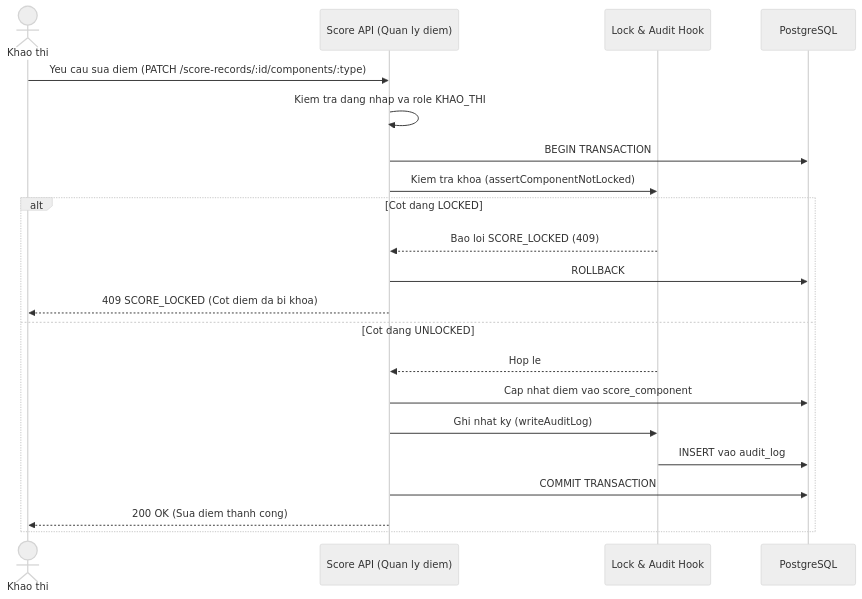
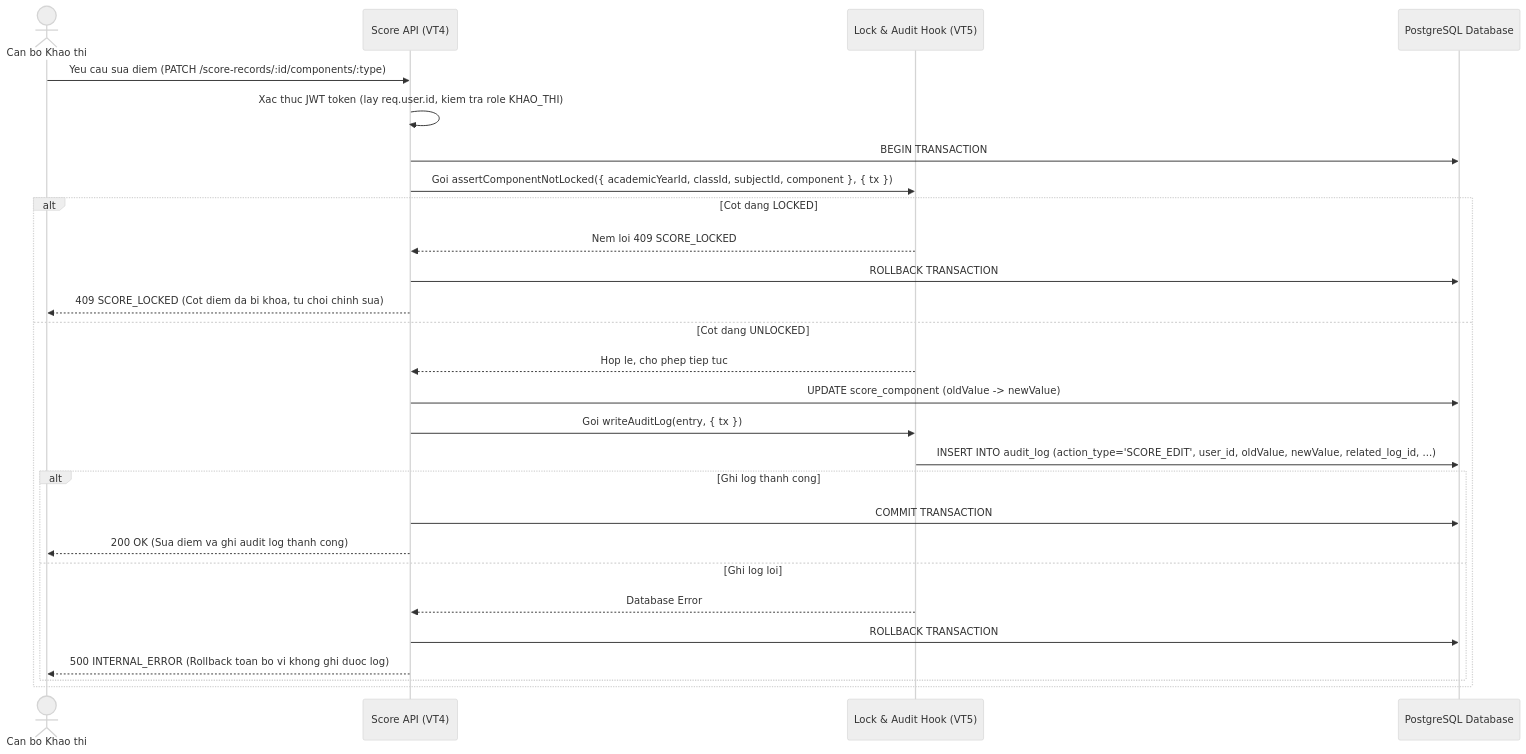
One commit to 5001103019/he-thong-quan-ly-ket-qua-hoc-tap-thpt changed the second of 3 diagrams in docs/vt5-lock-audit-design.md. Above: the diagram before and after it, drawn with Mermaid (neutral theme). The commit also changed other lines of this file, not shown here.

Commit message:
docs: hoan thien thiet ke khoa diem, audit log va activity diagram

````diff
--- a/docs/vt5-lock-audit-design.md
+++ b/docs/vt5-lock-audit-design.md
@@ -343,24 +622,31 @@
 ```mermaid
 sequenceDiagram
-    actor KT as Khao thi
-    participant API as Score API (Quan ly diem)
-    participant Hook as Lock & Audit Hook
-    participant DB as PostgreSQL
+    actor KT as Can bo Khao thi
+    participant API as Score API (VT4)
+    participant Hook as Lock & Audit Hook (VT5)
+    participant DB as PostgreSQL Database
 
     KT->>API: Yeu cau sua diem (PATCH /score-records/:id/components/:type)
-    API->>API: Kiem tra dang nhap va role KHAO_THI
+    API->>API: Xac thuc JWT token (lay req.user.id, kiem tra role KHAO_THI)
     API->>DB: BEGIN TRANSACTION
-    API->>Hook: Kiem tra khoa (assertComponentNotLocked)
+    API->>Hook: Goi assertComponentNotLocked({ academicYearId, classId, subjectId, component }, { tx })
+    
     alt Cot dang LOCKED
-        Hook-->>API: Bao loi SCORE_LOCKED (409)
-        API->>DB: ROLLBACK
-        API-->>KT: 409 SCORE_LOCKED (Cot diem da bi khoa)
+        Hook-->>API: Nem loi 409 SCORE_LOCKED
+        API->>DB: ROLLBACK TRANSACTION
+        API-->>KT: 409 SCORE_LOCKED (Cot diem da bi khoa, tu choi chinh sua)
     else Cot dang UNLOCKED
-        Hook-->>API: Hop le
-        API->>DB: Cap nhat diem vao score_component
-        API->>Hook: Ghi nhat ky (writeAuditLog)
-        Hook->>DB: INSERT vao audit_log
-        API->>DB: COMMIT TRANSACTION
-        API-->>KT: 200 OK (Sua diem thanh cong)
+        Hook-->>API: Hop le, cho phep tiep tuc
+        API->>DB: UPDATE score_component (oldValue -> newValue)
+        API->>Hook: Goi writeAuditLog(entry, { tx })
+        Hook->>DB: INSERT INTO audit_log (action_type='SCORE_EDIT', user_id, oldValue, newValue, related_log_id, ...)
+        alt Ghi log thanh cong
+            API->>DB: COMMIT TRANSACTION
+            API-->>KT: 200 OK (Sua diem va ghi audit log thanh cong)
+        else Ghi log loi
+            Hook-->>API: Database Error
+            API->>DB: ROLLBACK TRANSACTION
+            API-->>KT: 500 INTERNAL_ERROR (Rollback toan bo vi khong ghi duoc log)
+        end
     end
 ```
````
